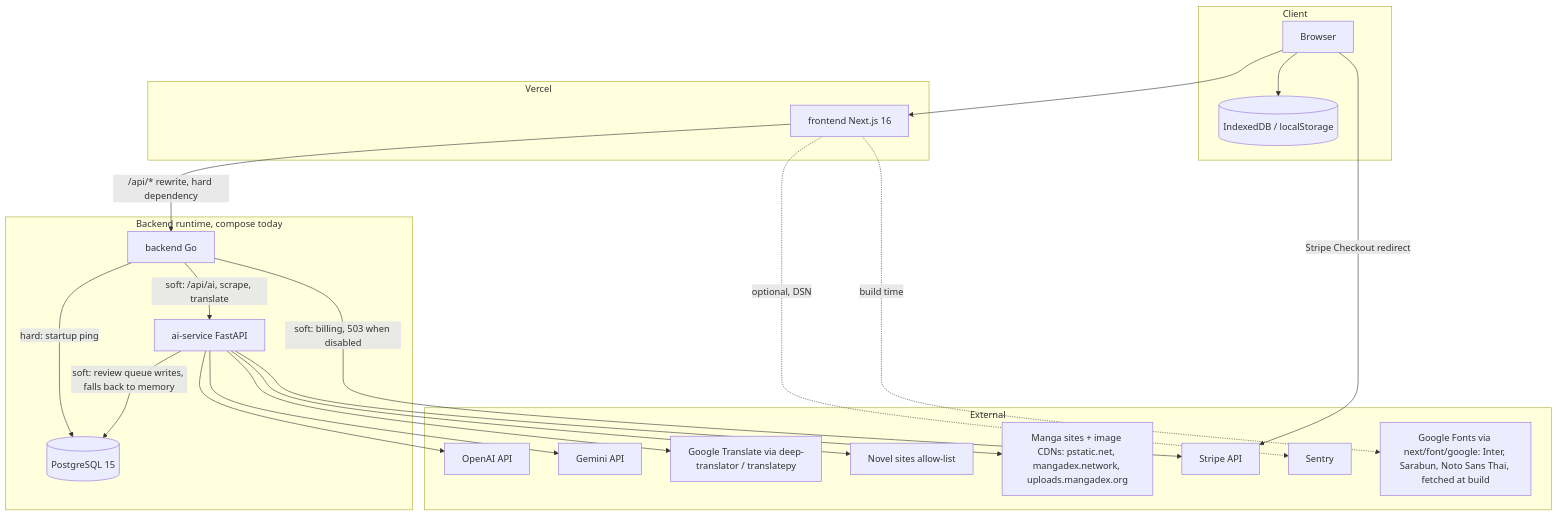
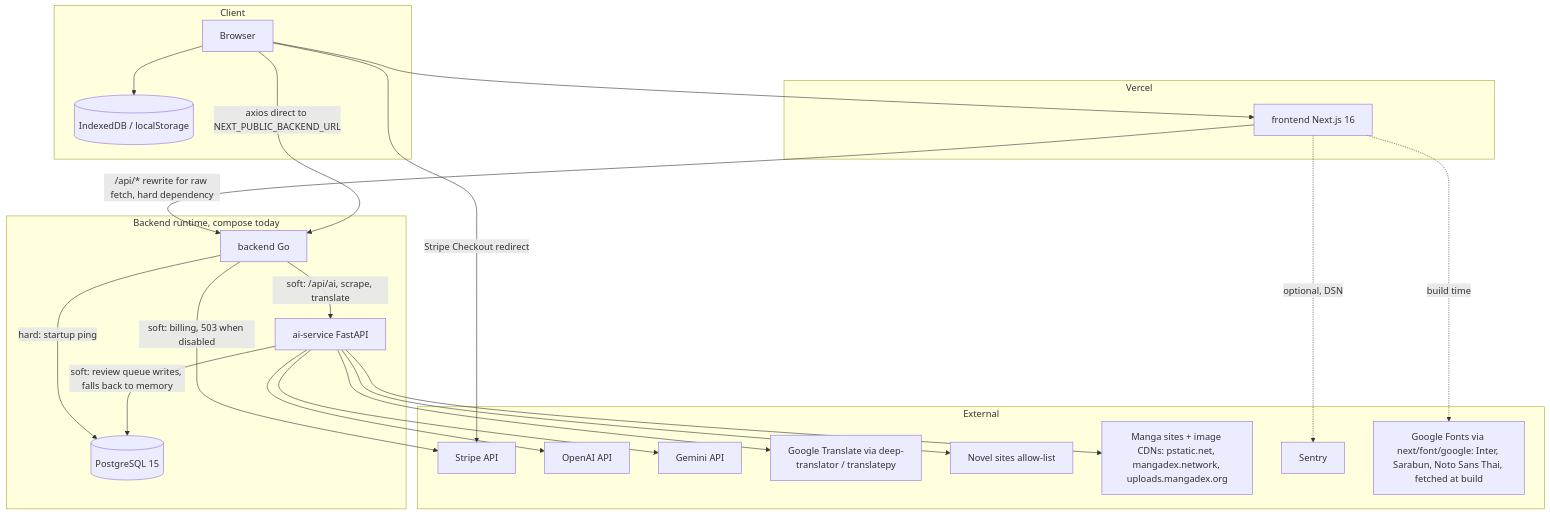
Before and after one commit to bookchaowalit-website/content-bookreading: the diagram in docs/diagrams/19-service-dependency-map.md, drawn with Mermaid. The commit also changed 7 other files, not shown here.

First line of the commit message:
docs: separate direct axios calls from the Next.js /api rewrite

````diff
--- a/docs/diagrams/19-service-dependency-map.md
+++ b/docs/diagrams/19-service-dependency-map.md
@@ -3,41 +3,42 @@
 ```mermaid
 flowchart TB
     subgraph Client
         BR["Browser"]
         IDB[("IndexedDB / localStorage")]
     end
     subgraph Vercel
         FE["frontend Next.js 16"]
     end
     subgraph App["Backend runtime, compose today"]
         BE["backend Go"]
         AI["ai-service FastAPI"]
         PG[("PostgreSQL 15")]
     end
     subgraph External
         ST["Stripe API"]
         OA["OpenAI API"]
         GM["Gemini API"]
         GT["Google Translate via deep-translator / translatepy"]
         NS["Novel sites allow-list"]
         MS["Manga sites + image CDNs: pstatic.net, mangadex.network, uploads.mangadex.org"]
         SE["Sentry"]
         GF["Google Fonts via next/font/google: Inter, Sarabun, Noto Sans Thai, fetched at build"]
     end
 
     BR --> FE
     BR --> IDB
     BR -->|"Stripe Checkout redirect"| ST
-    FE -->|"/api/* rewrite, hard dependency"| BE
+    FE -->|"/api/* rewrite for raw fetch, hard dependency"| BE
+    BR -->|"axios direct to NEXT_PUBLIC_BACKEND_URL"| BE
     FE -.->|"optional, DSN"| SE
     FE -.->|"build time"| GF
     BE -->|"hard: startup ping"| PG
     BE -->|"soft: /api/ai, scrape, translate"| AI
     BE -->|"soft: billing, 503 when disabled"| ST
     AI -->|"soft: review queue writes, falls back to memory"| PG
     AI --> OA
     AI --> GM
     AI --> GT
     AI --> NS
     AI --> MS
 ```
````
